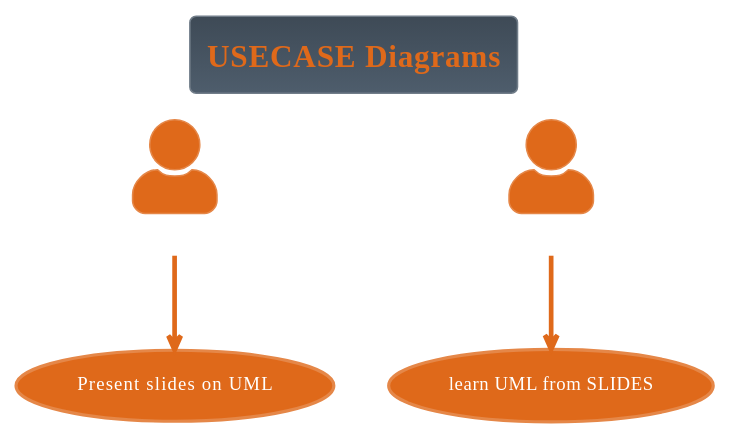
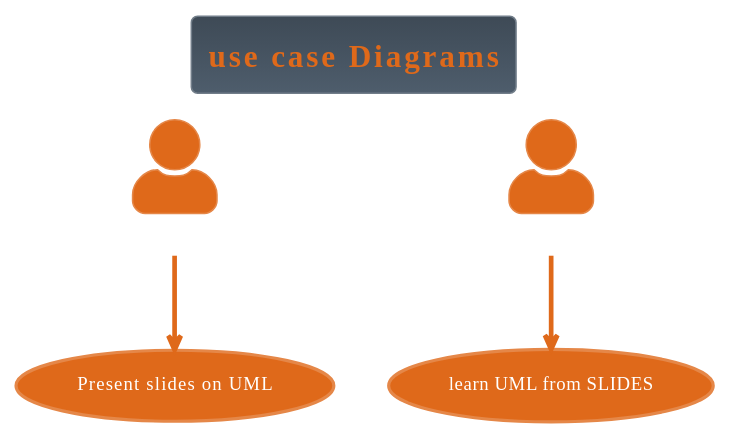
Before and after one commit to UPPMAX/programming_formalisms: the second of 6 diagrams in DevelopmentDesign/README.md, drawn with PlantUML. The commit also changed other lines of this file and 1 other file, not shown here.

````diff
--- a/DevelopmentDesign/README.md
+++ b/DevelopmentDesign/README.md
@@ -319,9 +319,9 @@
 ```plantuml
 @startuml
 !theme superhero
-title:"USECASE Diagrams"
+title:"use case Diagrams"
 skinparam actorStyle awesome
 Lecturer -d->(Present slides on UML)
 Participant-d->(learn UML from SLIDES)
 @enduml
 ```
````
